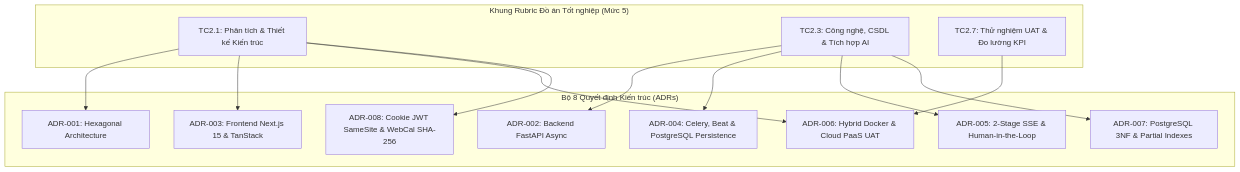
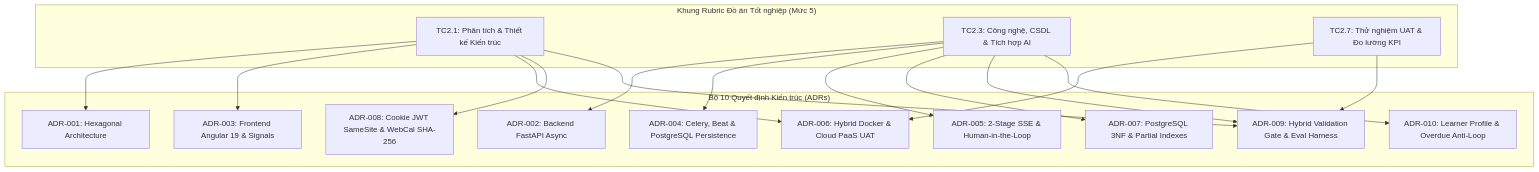
The first of 2 diagrams in docs/decisions/README.md (Coffat/FocusFlow), drawn with Mermaid before and after one commit. The commit also changed other lines of this file and 83 other files, not shown here.

Commit message:
docs: audit and synchronize SRS, database schema, UML, and architectural specs

````diff
--- a/docs/decisions/README.md
+++ b/docs/decisions/README.md
@@ -41,31 +43,35 @@
 ```mermaid
 flowchart TD
     subgraph Rubric["Khung Rubric Đồ án Tốt nghiệp (Mức 5)"]
         TC21["TC2.1: Phân tích & Thiết kế Kiến trúc"]
         TC23["TC2.3: Công nghệ, CSDL & Tích hợp AI"]
         TC27["TC2.7: Thử nghiệm UAT & Đo lường KPI"]
     end
 
-    subgraph ADRs["Bộ 8 Quyết định Kiến trúc (ADRs)"]
+    subgraph ADRs["Bộ 10 Quyết định Kiến trúc (ADRs)"]
         A1["ADR-001: Hexagonal Architecture"]
         A2["ADR-002: Backend FastAPI Async"]
-        A3["ADR-003: Frontend Next.js 15 & TanStack"]
+        A3["ADR-003: Frontend Angular 19 & Signals"]
         A4["ADR-004: Celery, Beat & PostgreSQL Persistence"]
         A5["ADR-005: 2-Stage SSE & Human-in-the-Loop"]
         A6["ADR-006: Hybrid Docker & Cloud PaaS UAT"]
         A7["ADR-007: PostgreSQL 3NF & Partial Indexes"]
         A8["ADR-008: Cookie JWT SameSite & WebCal SHA-256"]
+        A9["ADR-009: Hybrid Validation Gate & Eval Harness"]
+        A10["ADR-010: Learner Profile & Overdue Anti-Loop"]
     end
 
     TC21 --> A1
     TC21 --> A3
     TC21 --> A6
     TC21 --> A8
-
+    TC21 --> A9
     TC23 --> A2
     TC23 --> A4
     TC23 --> A5
     TC23 --> A7
-
+    TC23 --> A9
+    TC23 --> A10
     TC27 --> A6
+    TC27 --> A9
 ```
````
